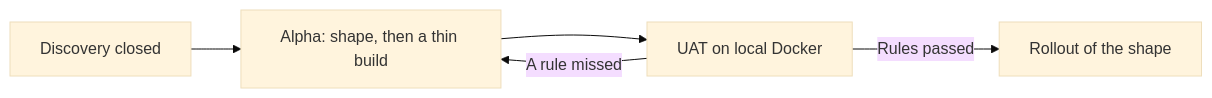
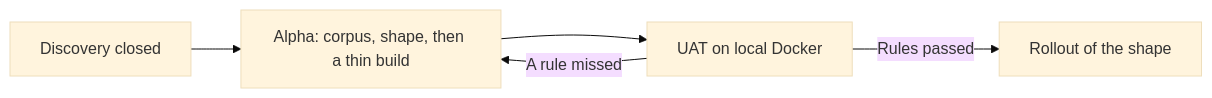
Before and after one commit to ramy-glitch/Deskline: the first of 6 diagrams in docs/alpha_build.md, drawn with Mermaid (base theme). The commit also changed other lines of this file and 12 other files, not shown here.

````diff
--- a/docs/alpha_build.md
+++ b/docs/alpha_build.md
@@ -22,12 +24,12 @@
 ```mermaid
 flowchart LR
     discovery[Discovery closed]
-    alpha[Alpha: shape, then a thin build]
+    alpha[Alpha: corpus, shape, then a thin build]
     uat[UAT on local Docker]
     rollout[Rollout of the shape]
 
     discovery --> alpha
     alpha --> uat
     uat -->|Rules passed| rollout
     uat -->|A rule missed| alpha
 ```
````
